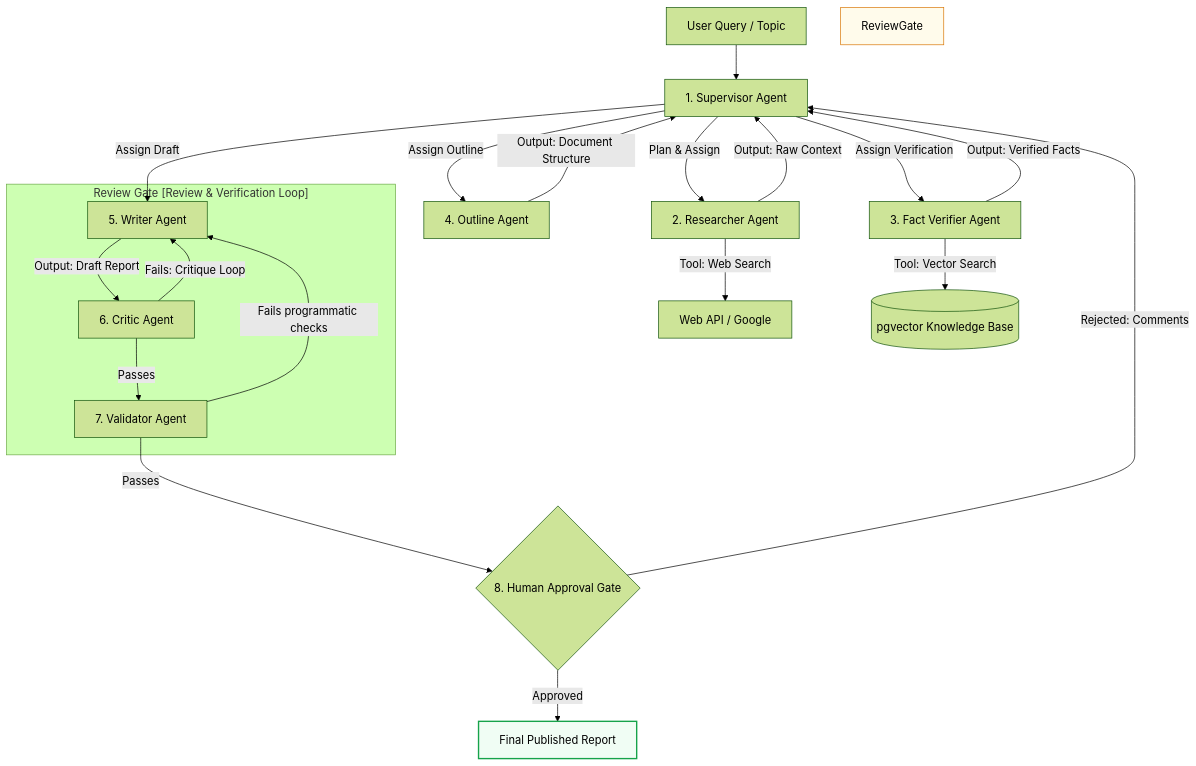
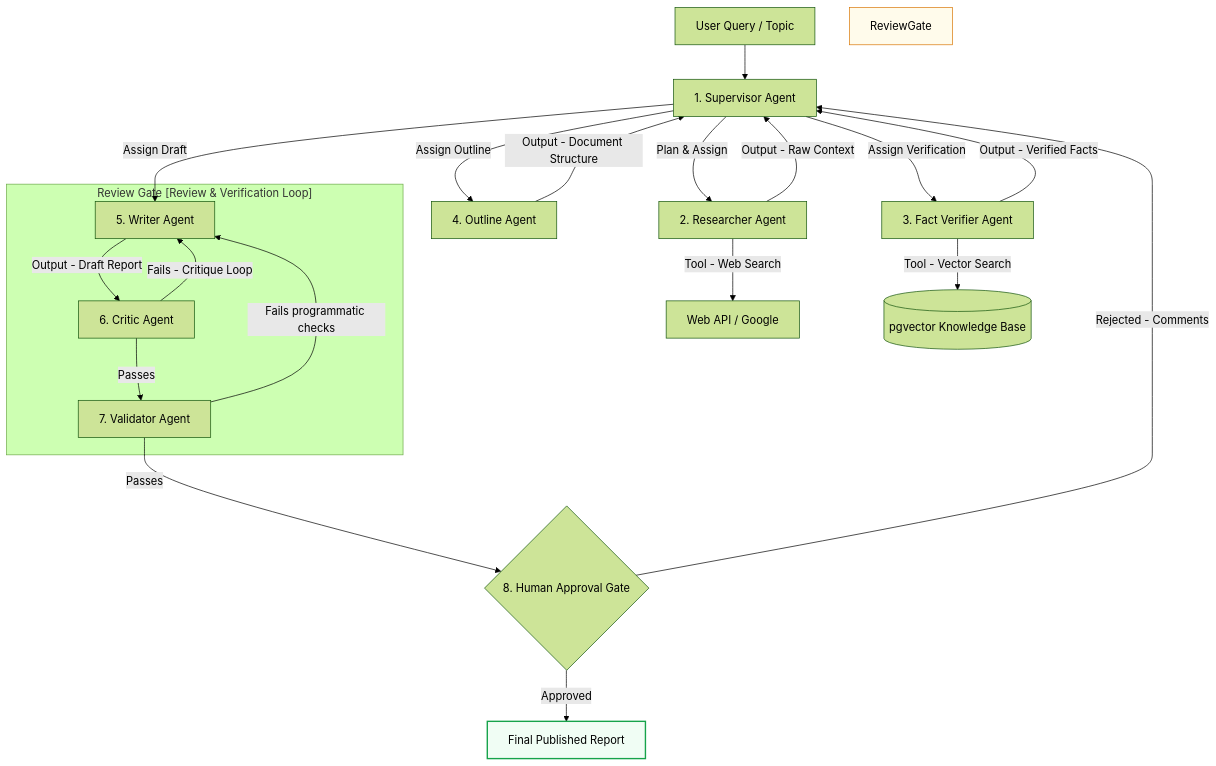
The diagram in blog/posts/production-ready-multi-agent-blueprint.md (akmalkhaniub/akmalkhaniub.github.io), drawn with Mermaid (forest theme) before and after one commit. The commit also changed 411 other files, not shown here.

````diff
--- a/blog/posts/production-ready-multi-agent-blueprint.md
+++ b/blog/posts/production-ready-multi-agent-blueprint.md
@@ -16,31 +16,31 @@
 ```mermaid
-graph TD
+flowchart TD
     UserReq[User Query / Topic] --> Supervisor[1. Supervisor Agent]
     Supervisor -->|Plan & Assign| Researcher[2. Researcher Agent]
-    Researcher -->|Tool: Web Search| Web[Web API / Google]
+    Researcher -->|Tool - Web Search| Web[Web API / Google]
     
-    Researcher -->|Output: Raw Context| Supervisor
+    Researcher -->|Output - Raw Context| Supervisor
     Supervisor -->|Assign Verification| FactChecker[3. Fact Verifier Agent]
-    FactChecker -->|Tool: Vector Search| Vector[(pgvector Knowledge Base)]
+    FactChecker -->|Tool - Vector Search| Vector[(pgvector Knowledge Base)]
     
-    FactChecker -->|Output: Verified Facts| Supervisor
+    FactChecker -->|Output - Verified Facts| Supervisor
     Supervisor -->|Assign Outline| Outliner[4. Outline Agent]
-    Outliner -->|Output: Document Structure| Supervisor
+    Outliner -->|Output - Document Structure| Supervisor
     
     Supervisor -->|Assign Draft| Writer[5. Writer Agent]
-    Writer -->|Output: Draft Report| Critic[6. Critic Agent]
+    Writer -->|Output - Draft Report| Critic[6. Critic Agent]
     
     subgraph SG1_ReviewGateReview ["Review Gate [Review & Verification Loop]"]
-        Critic -->|Fails: Critique Loop| Writer
+        Critic -->|Fails - Critique Loop| Writer
         Critic -->|Passes| Validator[7. Validator Agent]
     end
     
     Validator -->|Fails programmatic checks| Writer
     Validator -->|Passes| HITL{8. Human Approval Gate}
     
     HITL -->|Approved| Commit[Final Published Report]
-    HITL -->|Rejected: Comments| Supervisor
+    HITL -->|Rejected - Comments| Supervisor
     
     style ReviewGate fill:#fffbeb,stroke:#d97706,stroke-width:1px
     style Commit fill:#f0fdf4,stroke:#16a34a,stroke-width:2px
 ```
````
